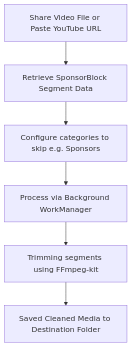
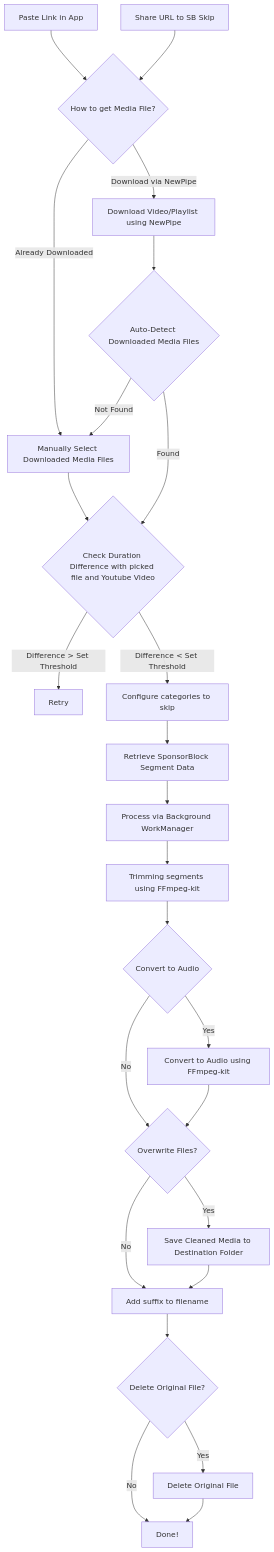
One commit to nihaltp/SBSkip changed the diagram in README.md. Above: the diagram before and after it, drawn with Mermaid. The commit also changed other lines of this file, not shown here.

````diff
--- a/README.md
+++ b/README.md
@@ -59,8 +60,27 @@
 ```mermaid
 graph TD
-    A[Share Video File or Paste YouTube URL] --> B[Retrieve SponsorBlock Segment Data]
-    B --> C[Configure categories to skip e.g. Sponsors]
-    C --> D[Process via Background WorkManager]
-    D --> E[Trimming segments using FFmpeg-kit]
-    E --> F[Saved Cleaned Media to Destination Folder]
+    A[Paste Link in App] --> C{How to get Media File?}
+    B[Share URL to SB Skip] --> C
+    C --> |Download via NewPipe| D[Download Video/Playlist using NewPipe]
+    C --> |Already Downloaded| E[Manually Select Downloaded Media Files]
+    D --> F{Auto-Detect Downloaded Media Files}
+    E --> H{Check Duration Difference with picked file and Youtube Video}
+    H --> |Difference > Set Threshold| RE[Retry]
+    H --> |Difference < Set Threshold| G[Configure categories to skip]
+    F --> |Found| H
+    F --> |Not Found| E
+    G --> I[Retrieve SponsorBlock Segment Data]
+    I --> J[Process via Background WorkManager]
+    J --> K[Trimming segments using FFmpeg-kit]
+    K --> L{Convert to Audio}
+    L --> |Yes| M[Convert to Audio using FFmpeg-kit]
+    L --> |No| O{Overwrite Files?}
+    M --> O
+    O --> |Yes| N[Save Cleaned Media to Destination Folder]
+    O --> |No| P[Add suffix to filename]
+    N --> P
+    P --> Q{Delete Original File?}
+    Q --> |Yes| R[Delete Original File]
+    Q --> |No| DONE[Done!]
+    R --> DONE
 ```
````
